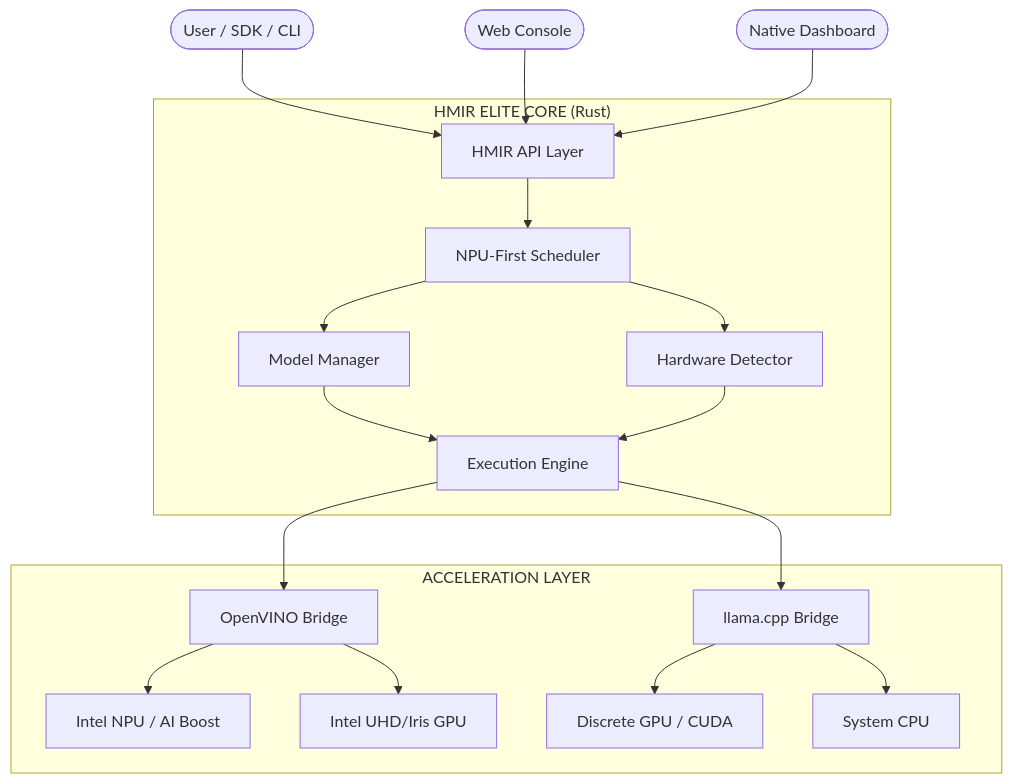
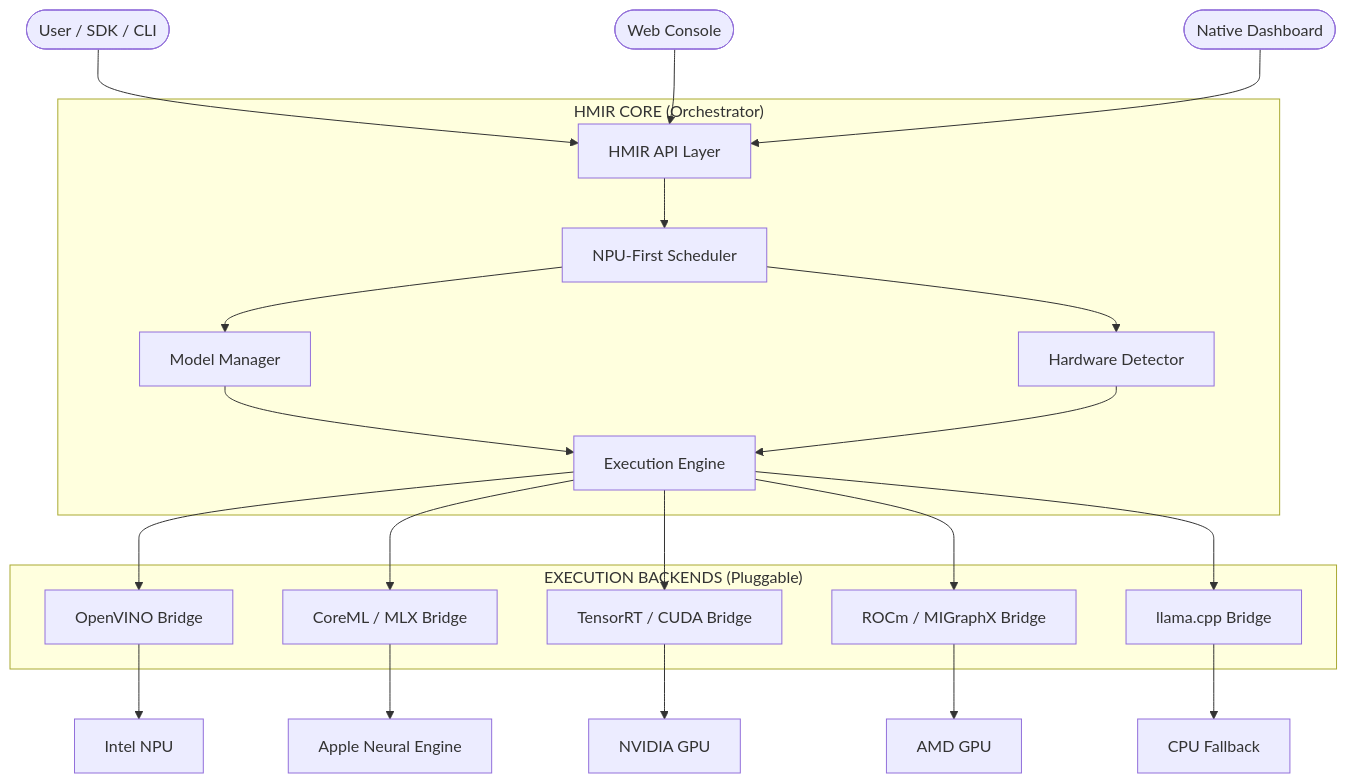
Before and after one commit to bhattkunalb/AIOE: the diagram in README.md, drawn with Mermaid. The commit also changed 1 other file, not shown here.

Commit message:
docs: update technical architecture diagrams and naming

````diff
--- a/README.md
+++ b/README.md
@@ -73,21 +73,28 @@
 ```mermaid
 graph TD
     User([User / SDK / CLI]) --> API[HMIR API Layer]
     Browser([Web Console]) --> API
     Dashboard([Native Dashboard]) --> API
-    subgraph Core ["HMIR ELITE CORE (Rust)"]
+
+    subgraph Core ["HMIR CORE (Orchestrator)"]
         API --> Sched[NPU-First Scheduler]
         Sched --> MM[Model Manager]
         Sched --> Det[Hardware Detector]
         MM --> Engine[Execution Engine]
         Det --> Engine
     end
-    subgraph Backends ["ACCELERATION LAYER"]
+
+    subgraph Backends ["EXECUTION BACKENDS (Pluggable)"]
         Engine --> OV[OpenVINO Bridge]
+        Engine --> MLX[CoreML / MLX Bridge]
+        Engine --> TRT[TensorRT / CUDA Bridge]
+        Engine --> ROCm[ROCm / MIGraphX Bridge]
         Engine --> LCPP[llama.cpp Bridge]
-        OV --> NPU[Intel NPU / AI Boost]
-        OV --> iGPU[Intel UHD/Iris GPU]
-        LCPP --> dGPU[Discrete GPU / CUDA]
-        LCPP --> CPU[System CPU]
     end
+
+    OV --> IntelNPU[Intel NPU]
+    MLX --> AppleNPU[Apple Neural Engine]
+    TRT --> NvidiaGPU[NVIDIA GPU]
+    ROCm --> AMDGPU[AMD GPU]
+    LCPP --> CPU[CPU Fallback]
 ```
````
